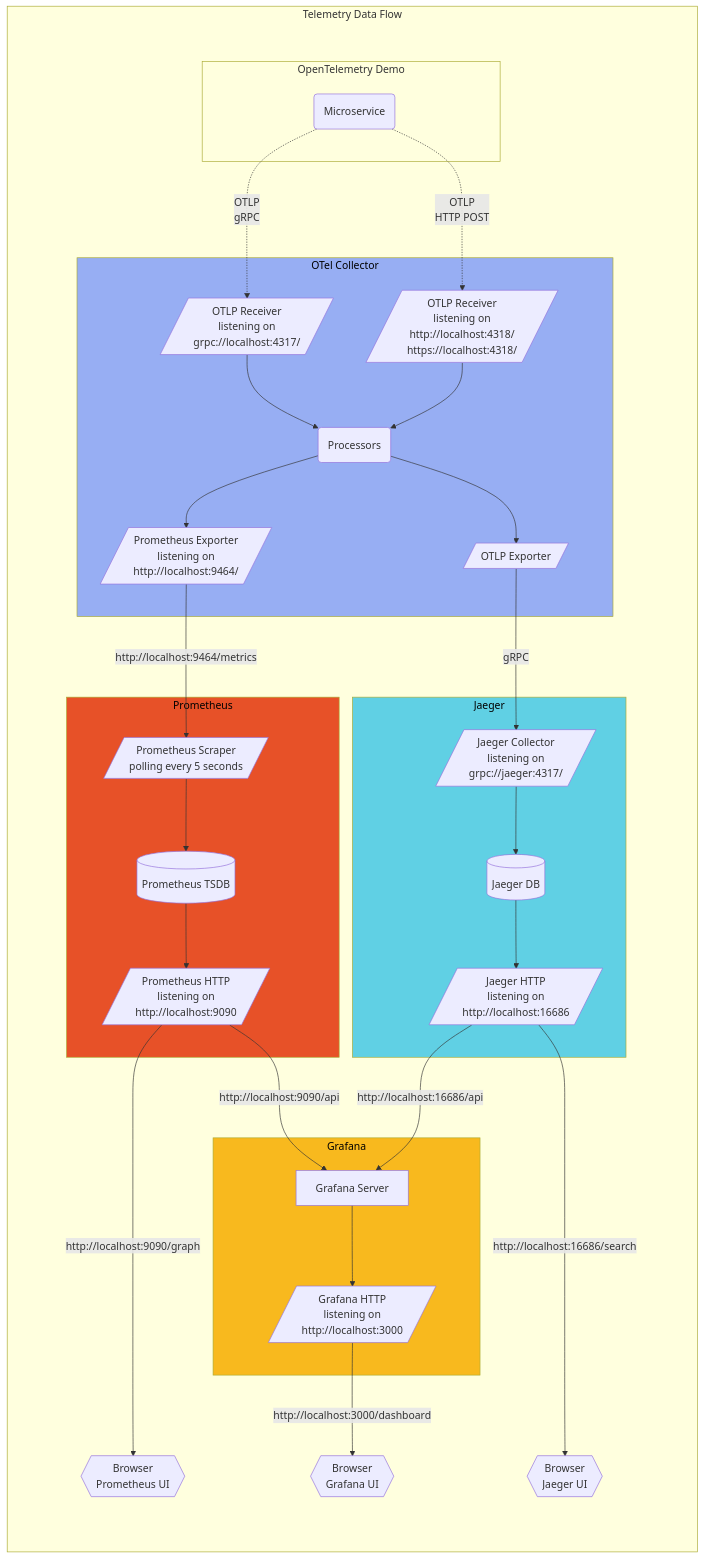
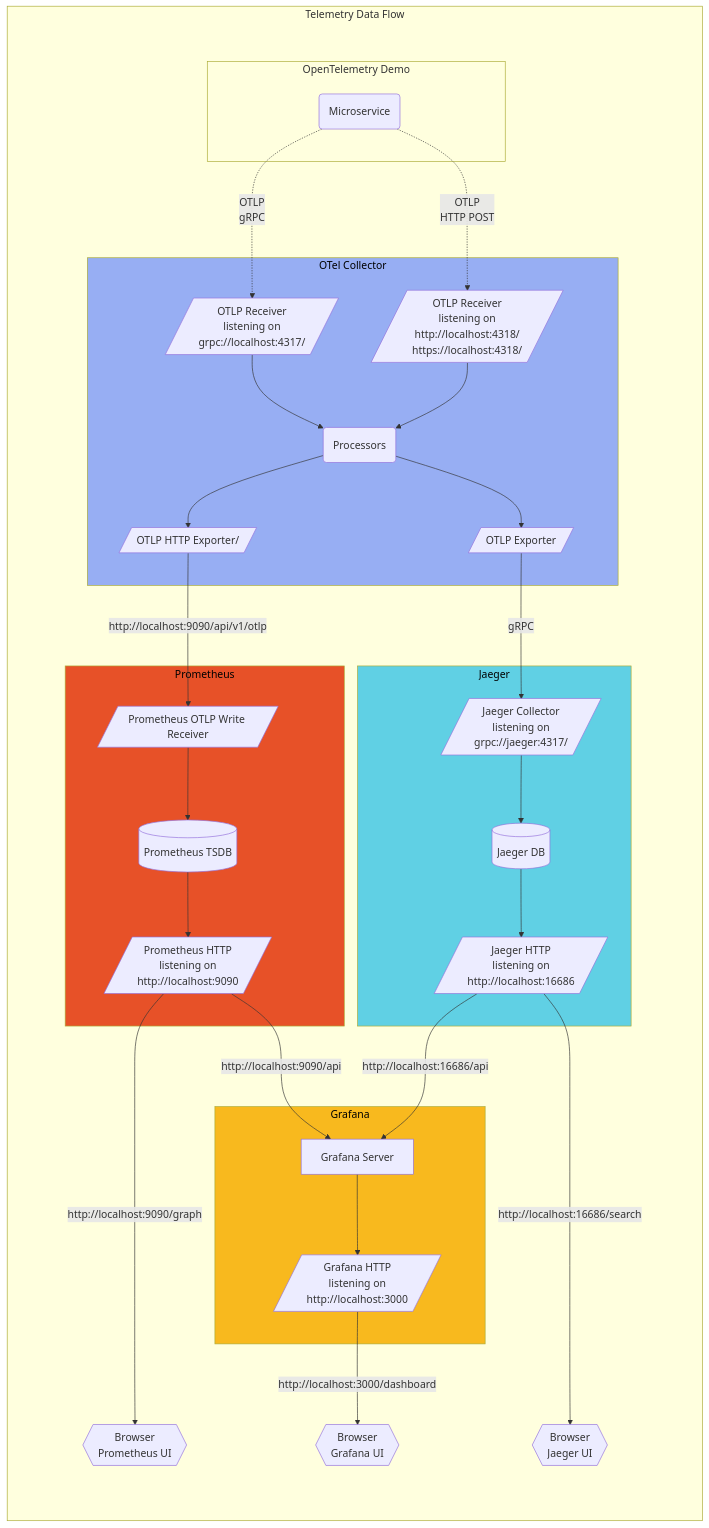
Before and after one commit to open-telemetry/opentelemetry.io: the third of 3 diagrams in content/en/docs/demo/architecture.md, drawn with Mermaid.

Commit message:
prometheus - otlp write receiver

````diff
--- a/content/en/docs/demo/architecture.md
+++ b/content/en/docs/demo/architecture.md
@@ -129,73 +129,73 @@
 ```mermaid
 graph TB
 subgraph tdf[Telemetry Data Flow]
     subgraph subgraph_padding [ ]
         style subgraph_padding fill:none,stroke:none;
         %% padding to stop the titles clashing
         subgraph od[OpenTelemetry Demo]
         ms(Microservice)
         end
 
         ms -.->|"OTLP<br/>gRPC"| oc-grpc
         ms -.->|"OTLP<br/>HTTP POST"| oc-http
 
         subgraph oc[OTel Collector]
             style oc fill:#97aef3,color:black;
             oc-grpc[/"OTLP Receiver<br/>listening on<br/>grpc://localhost:4317/"/]
             oc-http[/"OTLP Receiver<br/>listening on <br/>http://localhost:4318/<br/>https://localhost:4318/"/]
             oc-proc(Processors)
-            oc-prom[/"Prometheus Exporter<br/>listening on<br/>http://localhost:9464/"/]
+            oc-prom[/"OTLP HTTP Exporter/"/]
             oc-otlp[/"OTLP Exporter"/]
 
             oc-grpc --> oc-proc
             oc-http --> oc-proc
 
             oc-proc --> oc-prom
             oc-proc --> oc-otlp
         end
 
-        oc-prom -->|"http://localhost:9464/metrics"| pr-sc
+        oc-prom -->|"http://localhost:9090/api/v1/otlp"| pr-sc
         oc-otlp -->|gRPC| ja-col
 
         subgraph pr[Prometheus]
             style pr fill:#e75128,color:black;
-            pr-sc[/"Prometheus Scraper<br/>polling every 5 seconds"/]
+            pr-sc[/"Prometheus OTLP Write Receiver"/]
             pr-tsdb[(Prometheus TSDB)]
             pr-http[/"Prometheus HTTP<br/>listening on<br/>http://localhost:9090"/]
 
             pr-sc --> pr-tsdb
             pr-tsdb --> pr-http
         end
 
         pr-b{{"Browser<br/>Prometheus UI"}}
         pr-http ---->|"http://localhost:9090/graph"| pr-b
 
         subgraph ja[Jaeger]
             style ja fill:#60d0e4,color:black;
             ja-col[/"Jaeger Collector<br/>listening on<br/>grpc://jaeger:4317/"/]
             ja-db[(Jaeger DB)]
             ja-http[/"Jaeger HTTP<br/>listening on<br/>http://localhost:16686"/]
 
             ja-col --> ja-db
             ja-db --> ja-http
         end
 
         subgraph gr[Grafana]
             style gr fill:#f8b91e,color:black;
             gr-srv["Grafana Server"]
             gr-http[/"Grafana HTTP<br/>listening on<br/>http://localhost:3000"/]
 
             gr-srv --> gr-http
         end
 
         pr-http --> |"http://localhost:9090/api"| gr-srv
         ja-http --> |"http://localhost:16686/api"| gr-srv
 
         ja-b{{"Browser<br/>Jaeger UI"}}
         ja-http ---->|"http://localhost:16686/search"| ja-b
 
         gr-b{{"Browser<br/>Grafana UI"}}
         gr-http -->|"http://localhost:3000/dashboard"| gr-b
     end
 end
 ```
````
